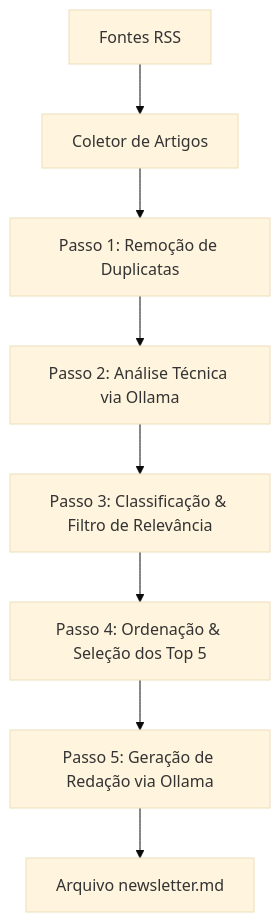
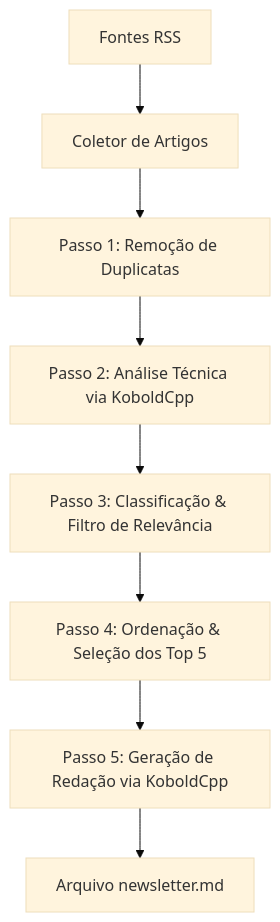
The diagram in README.md (cumbucadev/ia-na-marra), drawn with Mermaid (base theme) before and after one commit. The commit also changed other lines of this file and 12 other files, not shown here.

````diff
--- a/README.md
+++ b/README.md
@@ -11,10 +11,10 @@
 ```mermaid
 graph TD
     A[Fontes RSS] --> B[Coletor de Artigos]
     B --> C[Passo 1: Remoção de Duplicatas]
-    C --> D[Passo 2: Análise Técnica via Ollama]
+    C --> D[Passo 2: Análise Técnica via KoboldCpp]
     D --> E[Passo 3: Classificação & Filtro de Relevância]
     E --> F[Passo 4: Ordenação & Seleção dos Top 5]
-    F --> G[Passo 5: Geração de Redação via Ollama]
+    F --> G[Passo 5: Geração de Redação via KoboldCpp]
     G --> H[Arquivo newsletter.md]
 ```
````
